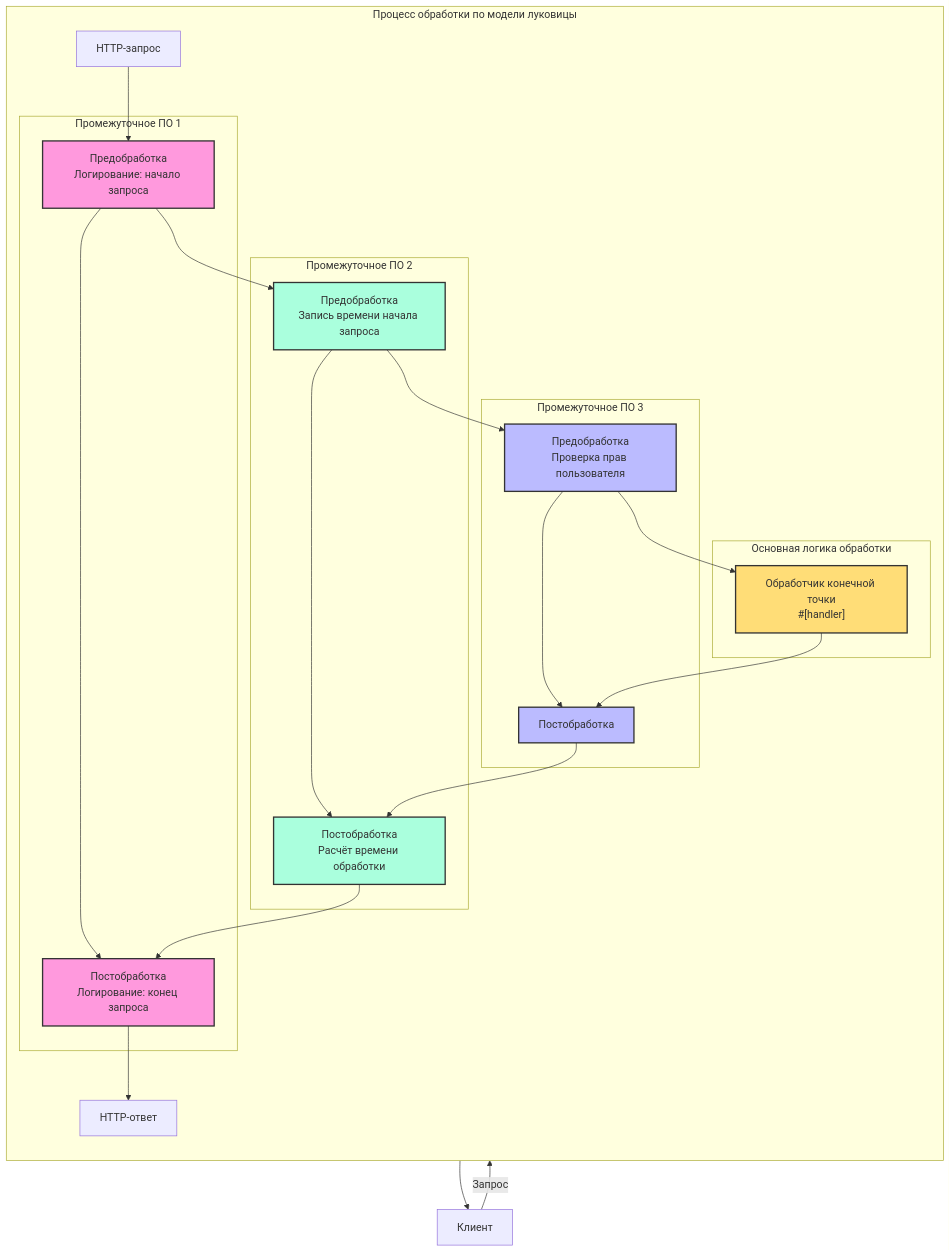
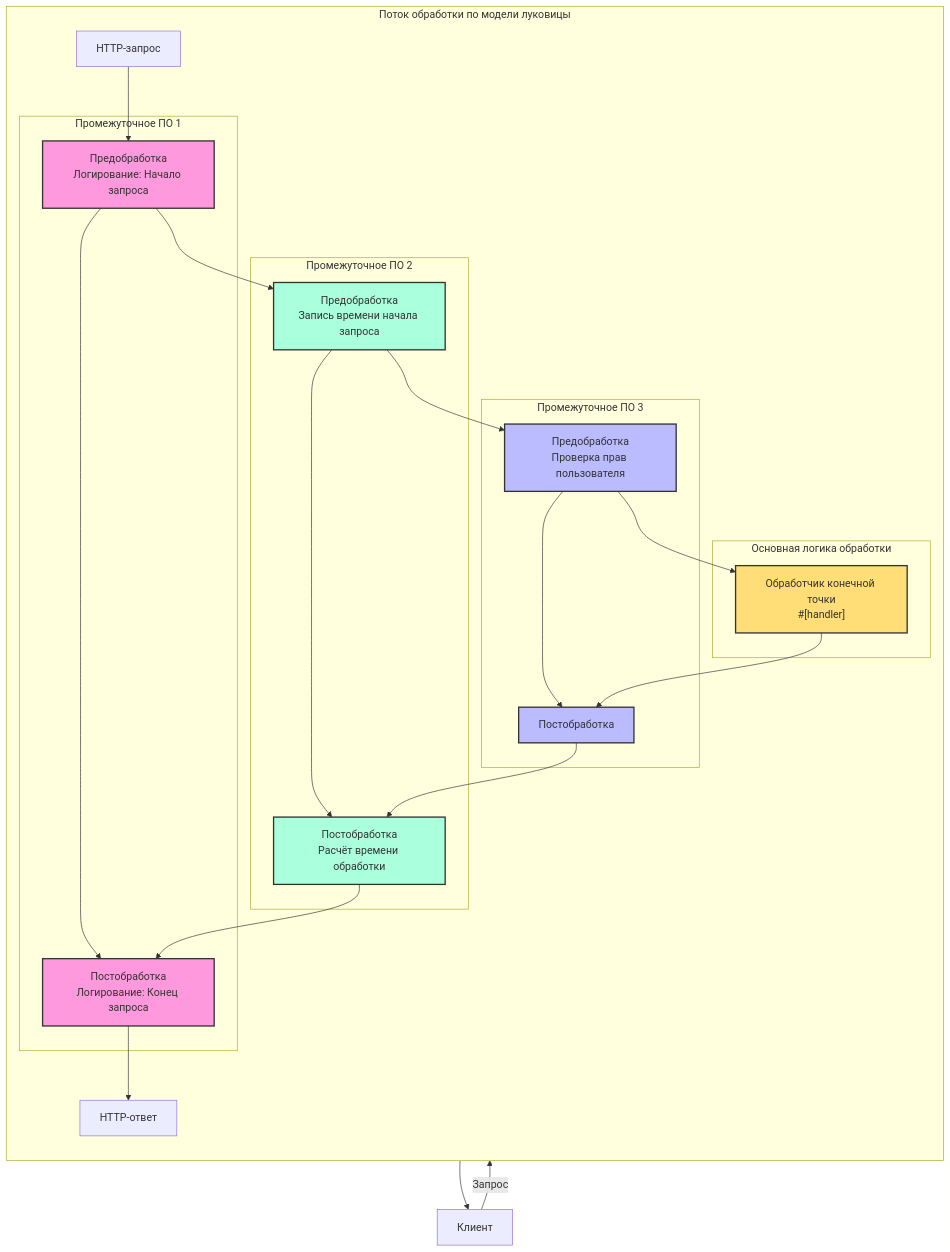
One commit to salvo-rs/website changed the second of 2 diagrams in docs/ru/guide/concepts/handler.mdx. Above: the diagram before and after it, drawn with Mermaid. The commit also changed other lines of this file and 326 other files, not shown here.

````diff
--- a/docs/ru/guide/concepts/handler.mdx
+++ b/docs/ru/guide/concepts/handler.mdx
@@ -59,45 +60,45 @@
 ```mermaid
 flowchart TB
     Client[Клиент] -->|Запрос| Request[HTTP-запрос]
 
-    subgraph "Процесс обработки по модели луковицы"
+    subgraph "Поток обработки по модели луковицы"
         direction TB
 
         subgraph M1["Промежуточное ПО 1"]
-            M1A["Предобработка<br>Логирование: начало запроса"] --> M1B["Постобработка<br>Логирование: конец запроса"]
+            M1A["Предобработка<br>Логирование: Начало запроса"] --> M1B["Постобработка<br>Логирование: Конец запроса"]
         end
 
         subgraph M2["Промежуточное ПО 2"]
             M2A["Предобработка<br>Запись времени начала запроса"] --> M2B["Постобработка<br>Расчёт времени обработки"]
         end
 
         subgraph M3["Промежуточное ПО 3"]
             M3A["Предобработка<br>Проверка прав пользователя"] --> M3B["Постобработка<br>"]
         end
 
         subgraph Core["Основная логика обработки"]
             Handler["Обработчик конечной точки<br>#[handler]"]
         end
 
         Request --> M1A
         M1A --> M2A
         M2A --> M3A
         M3A --> Handler
         Handler --> M3B
         M3B --> M2B
         M2B --> M1B
         M1B --> Response
     end
 
     Response[HTTP-ответ] --> Client
 
     classDef middleware1 fill:#f9d,stroke:#333,stroke-width:2px;
     classDef middleware2 fill:#afd,stroke:#333,stroke-width:2px;
     classDef middleware3 fill:#bbf,stroke:#333,stroke-width:2px;
     classDef core fill:#fd7,stroke:#333,stroke-width:2px;
 
     class M1A,M1B middleware1;
     class M2A,M2B middleware2;
     class M3A,M3B middleware3;
     class Handler core;
 ```
````
